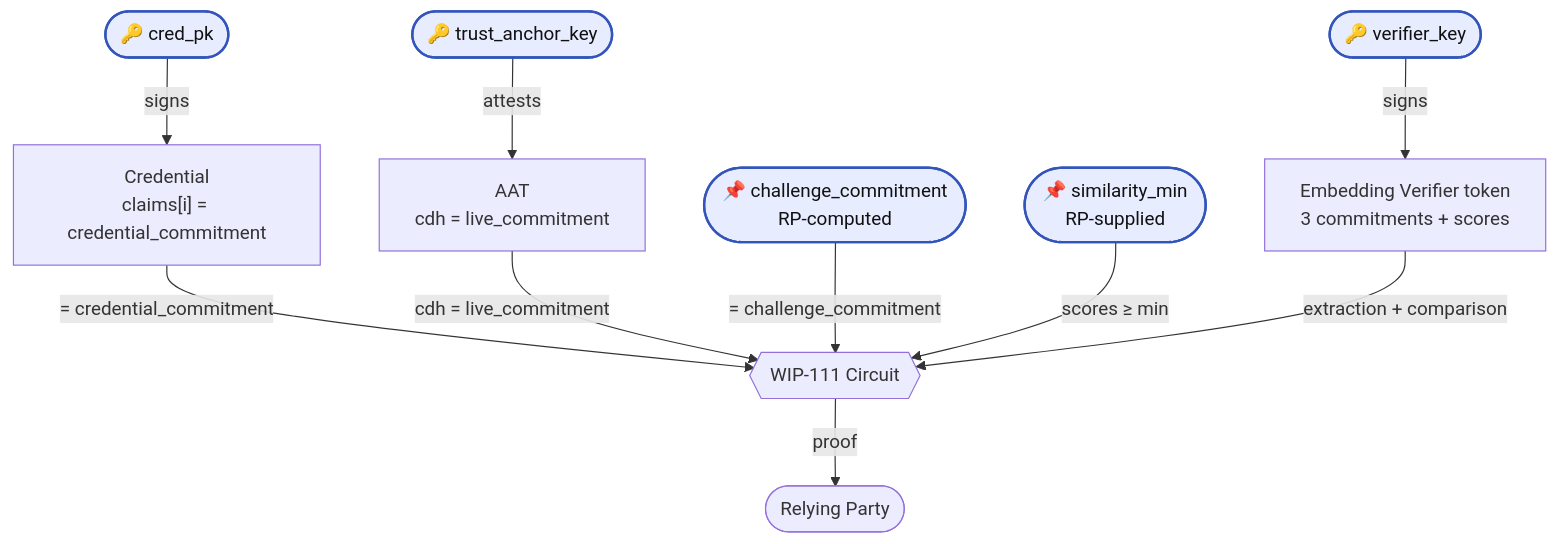
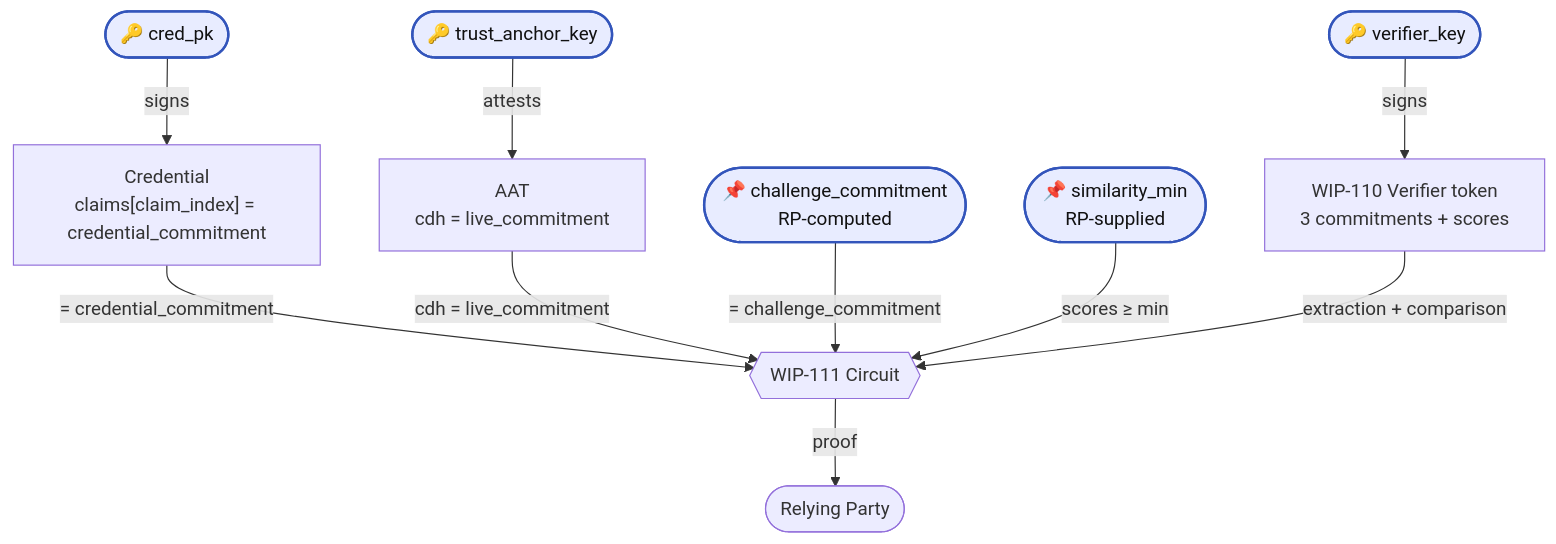
One commit to worldcoin/world-id-protocol changed the diagram in docs/WIPs/wip-111.md. Above: the diagram before and after it, drawn with Mermaid. The commit also changed other lines of this file and 1 other file, not shown here.

````diff
--- a/docs/WIPs/wip-111.md
+++ b/docs/WIPs/wip-111.md
@@ -159,29 +184,29 @@
 ```mermaid
 flowchart TB
   TAK(["🔑 trust_anchor_key"]):::anchor
   ISS(["🔑 cred_pk"]):::anchor
   VK(["🔑 verifier_key"]):::anchor
   CH(["📌 challenge_commitment<br/>RP-computed"]):::anchor
   MIN(["📌 similarity_min<br/>RP-supplied"]):::anchor
 
   AAT["AAT<br/>cdh = live_commitment"]
-  CRED["Credential<br/>claims[i] = credential_commitment"]
-  CWT["Embedding Verifier token<br/>3 commitments + scores"]
+  CRED["Credential<br/>claims[claim_index] = credential_commitment"]
+  CWT["WIP-110 Verifier token<br/>3 commitments + scores"]
 
   CIRCUIT{{"WIP-111 Circuit"}}
   RP(["Relying Party"])
 
   TAK -->|attests| AAT
   ISS -->|signs| CRED
   VK -->|signs| CWT
 
   CRED -->|"= credential_commitment"| CIRCUIT
   AAT -->|"cdh = live_commitment"| CIRCUIT
   CH -->|"= challenge_commitment"| CIRCUIT
   MIN -->|"scores ≥ min"| CIRCUIT
   CWT -->|"extraction + comparison"| CIRCUIT
 
   CIRCUIT -->|proof| RP
 
   classDef anchor fill:#e8ecff,stroke:#3355bb,color:#111,stroke-width:2px;
 ```
````
